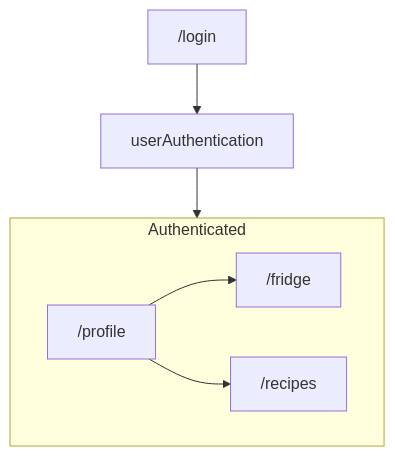
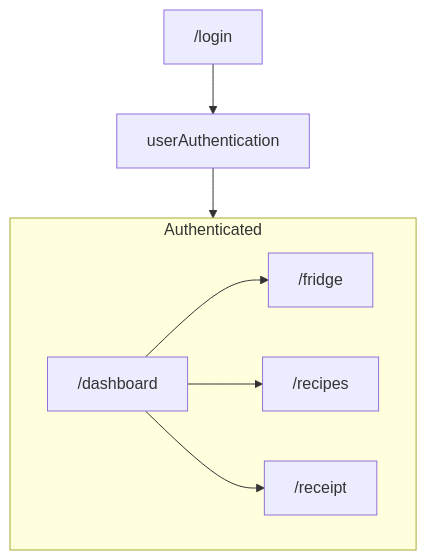
Before and after one commit to elvinlai1/FoodMe-Test: the second of 3 diagrams in README.md, drawn with Mermaid. The commit also changed other lines of this file, not shown here.

````diff
--- a/README.md
+++ b/README.md
@@ -76,19 +76,20 @@
 ```mermaid
 
 flowchart TD
     LoginPage["/login"]
     InventoryPage["/fridge"]
     RecipePage["/recipes"]    
-    ProfilePage["/profile"]
+    Dashboard["/dashboard"]
 
     UserAuth["userAuthentication"]
 
     LoginPage --> UserAuth 
     UserAuth --> Authenticated 
 
     subgraph Authenticated
-        ProfilePage --> RecipePage
-        ProfilePage --> InventoryPage
+        Dashboard --> RecipePage
+        Dashboard --> InventoryPage
+        Dashboard --> /receipt
     end
    
 ```
````
